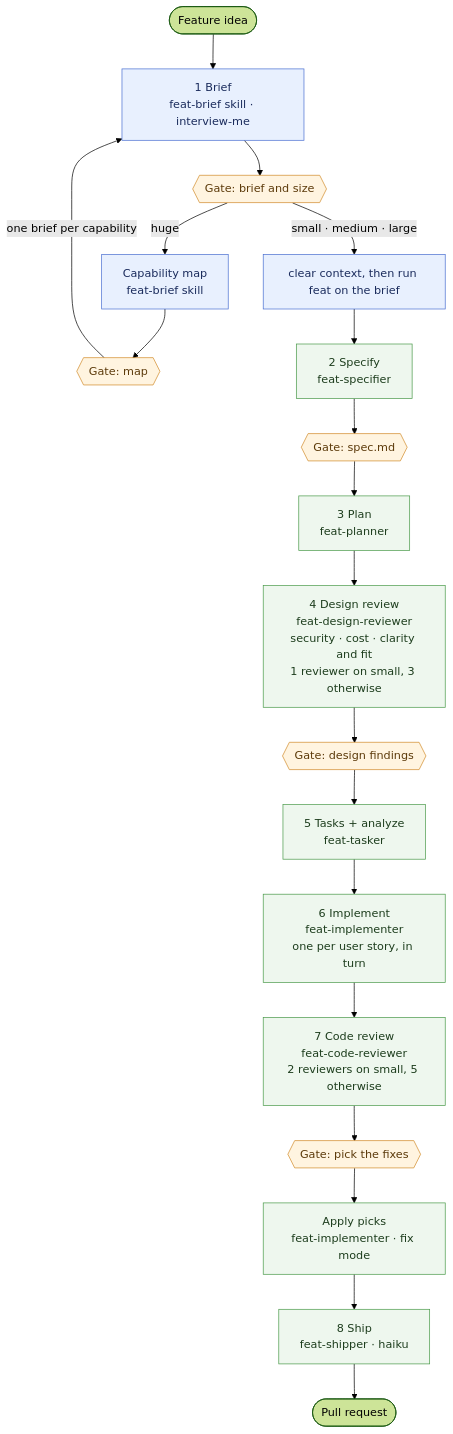
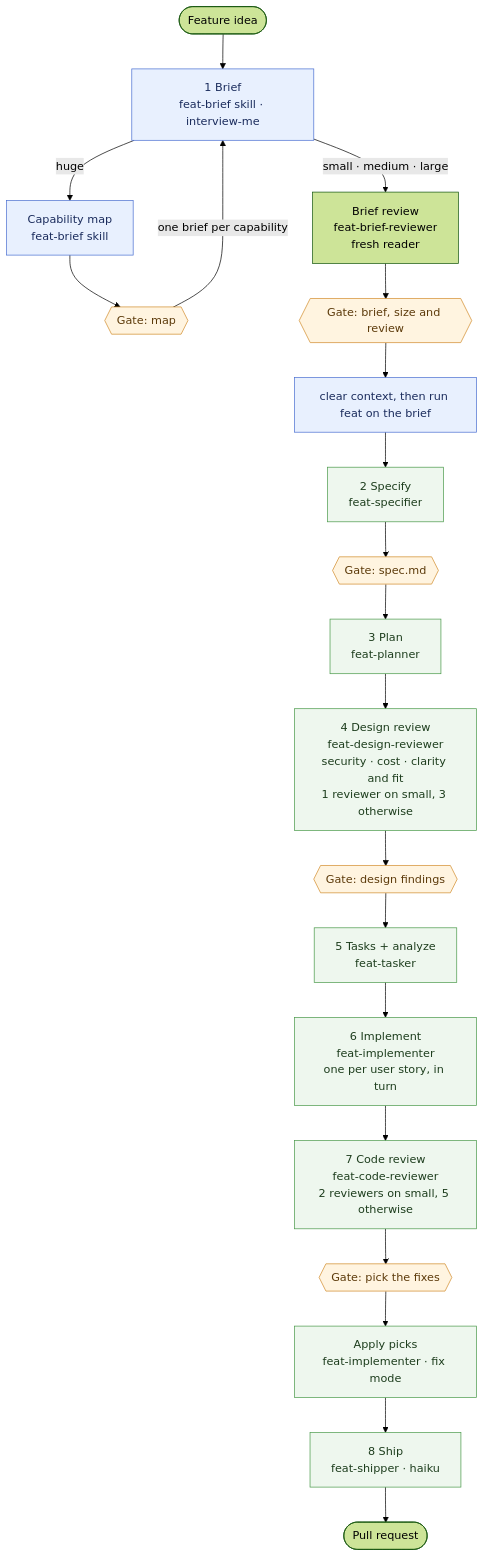
One commit to pdemagny/feat-agent changed the diagram in README.md. Above: the diagram before and after it, drawn with Mermaid (forest theme). The commit also changed other lines of this file and 10 other files, not shown here.

First line of the commit message:
feat(feat-brief): review every brief with a fresh reader

````diff
--- a/README.md
+++ b/README.md
@@ -18,28 +18,29 @@
 ```mermaid
 flowchart TD
     idea([Feature idea]) --> P1["1 Brief<br/>feat-brief skill · interview-me"]
-    P1 --> G1{{"Gate: brief and size"}}
-    G1 -- huge --> MAP["Capability map<br/>feat-brief skill"]
+    P1 -- huge --> MAP["Capability map<br/>feat-brief skill"]
     MAP --> GM{{"Gate: map"}}
     GM -- "one brief per capability" --> P1
-    G1 -- "small · medium · large" --> CLR["clear context, then run feat on the brief"]
+    P1 -- "small · medium · large" --> R1["Brief review<br/>feat-brief-reviewer<br/>fresh reader"]
+    R1 --> G1{{"Gate: brief, size and review"}}
+    G1 --> CLR["clear context, then run feat on the brief"]
     CLR --> P2["2 Specify<br/>feat-specifier"]
     P2 --> G2{{"Gate: spec.md"}}
     G2 --> P3["3 Plan<br/>feat-planner"]
     P3 --> P4["4 Design review<br/>feat-design-reviewer<br/>security · cost · clarity and fit<br/>1 reviewer on small, 3 otherwise"]
     P4 --> G4{{"Gate: design findings"}}
     G4 --> P5["5 Tasks + analyze<br/>feat-tasker"]
     P5 --> P6["6 Implement<br/>feat-implementer<br/>one per user story, in turn"]
     P6 --> P7["7 Code review<br/>feat-code-reviewer<br/>2 reviewers on small, 5 otherwise"]
     P7 --> G7{{"Gate: pick the fixes"}}
     G7 --> P7f["Apply picks<br/>feat-implementer · fix mode"]
     P7f --> P8["8 Ship<br/>feat-shipper · haiku"]
     P8 --> PR([Pull request])
 
     classDef you fill:#e8f0fe,stroke:#4a6fd1,color:#1a2b5c
     classDef agent fill:#eef7ee,stroke:#4a9a4a,color:#1d3d1d
     classDef gate fill:#fff4e0,stroke:#d18b2a,color:#5c3a0a
     class P1,MAP,CLR you
     class P2,P3,P4,P5,P6,P7,P7f,P8 agent
     class G1,GM,G2,G4,G7 gate
 ```
````
